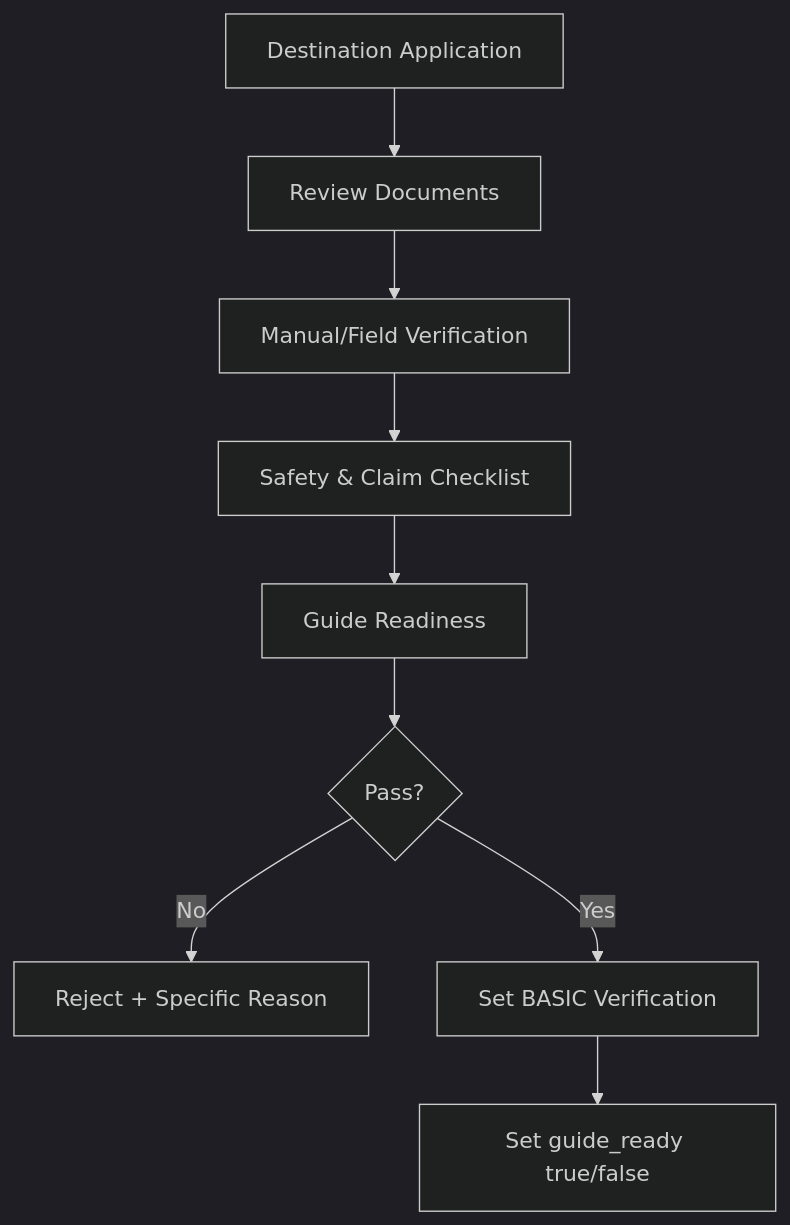
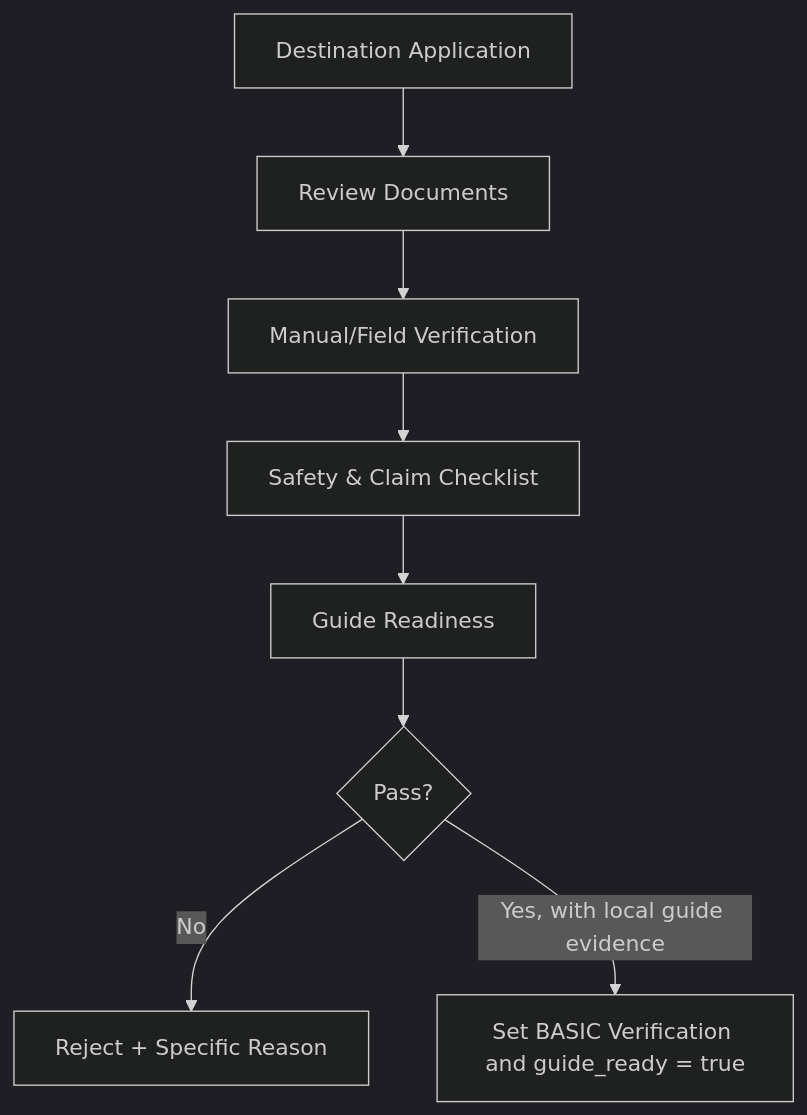
Diagram 18 of 26 in docs/SYSTEM_FLOW.md (Vluuuu/JedaIn), drawn with Mermaid (dark theme) before and after one commit. The commit also changed other lines of this file and 15 other files, not shown here.

````diff
--- a/docs/SYSTEM_FLOW.md
+++ b/docs/SYSTEM_FLOW.md
@@ -577,11 +573,10 @@
 ```mermaid
 flowchart TD
     A[Destination Application] --> B[Review Documents]
     B --> C[Manual/Field Verification]
     C --> D[Safety & Claim Checklist]
     D --> E[Guide Readiness]
     E --> F{Pass?}
     F -- No --> G[Reject + Specific Reason]
-    F -- Yes --> H[Set BASIC Verification]
-    H --> I[Set guide_ready true/false]
+    F -- Yes, with local guide evidence --> H[Set BASIC Verification and guide_ready = true]
 ```
````
